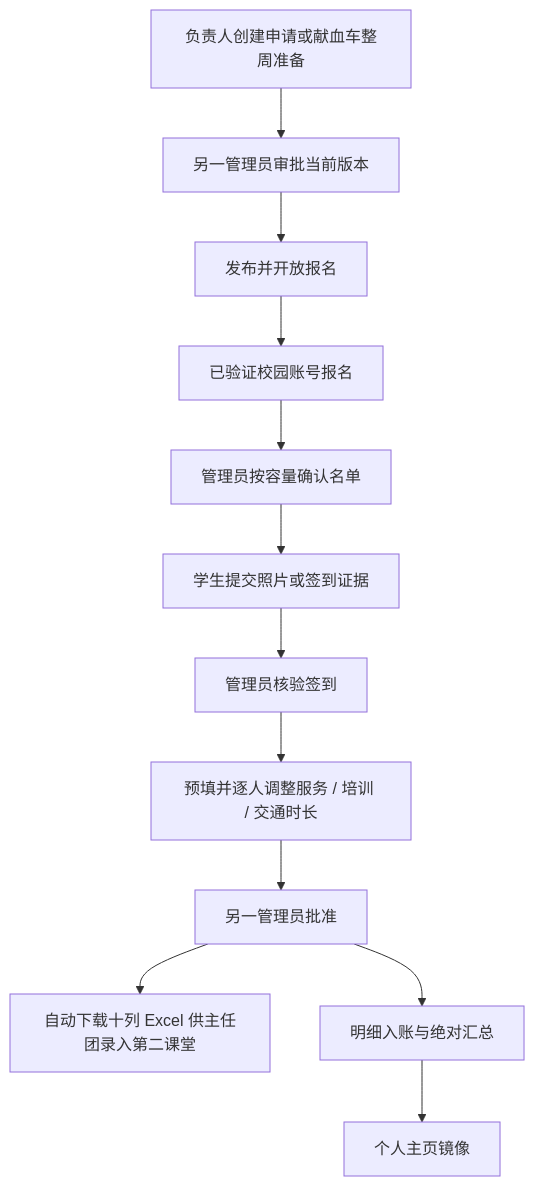
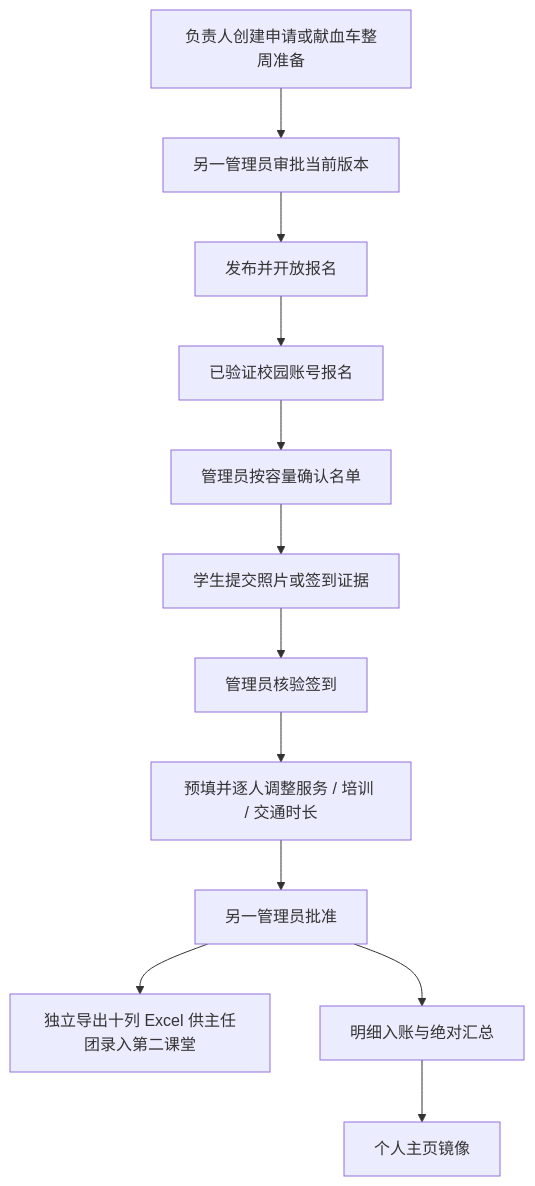
The diagram in docs/WORKFLOW.md (WANGLEVY9/NJURedCross), drawn with Mermaid before and after one commit. The commit also changed other lines of this file and 10 other files, not shown here.

````diff
--- a/docs/WORKFLOW.md
+++ b/docs/WORKFLOW.md
@@ -11,14 +11,14 @@
 ```mermaid
 flowchart TD
   A[负责人创建申请或献血车整周准备] --> B[另一管理员审批当前版本]
   B --> C[发布并开放报名]
   C --> D[已验证校园账号报名]
   D --> E[管理员按容量确认名单]
   E --> F[学生提交照片或签到证据]
   F --> G[管理员核验签到]
   G --> H[预填并逐人调整服务 / 培训 / 交通时长]
   H --> I[另一管理员批准]
-  I --> X[自动下载十列 Excel 供主任团录入第二课堂]
+  I --> X[独立导出十列 Excel 供主任团录入第二课堂]
   I --> J[明细入账与绝对汇总]
   J --> K[个人主页镜像]
 ```
````
